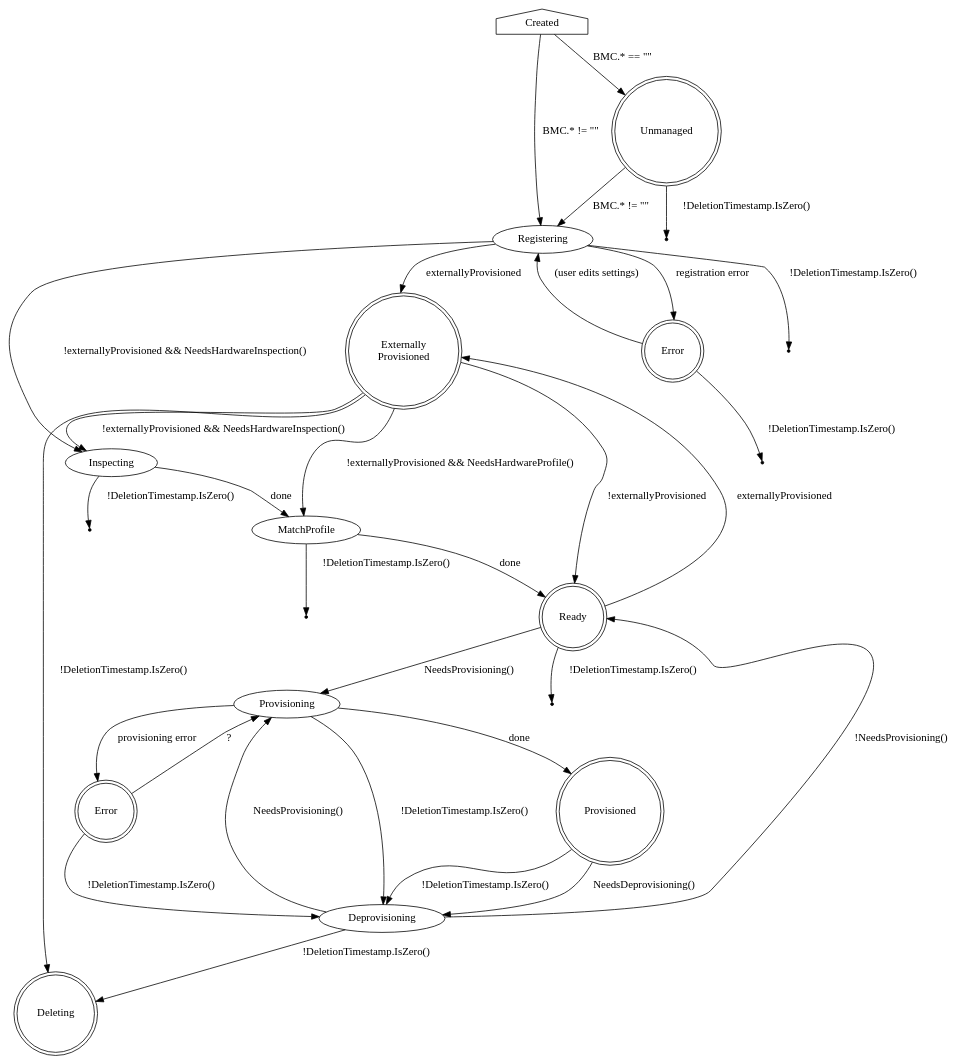
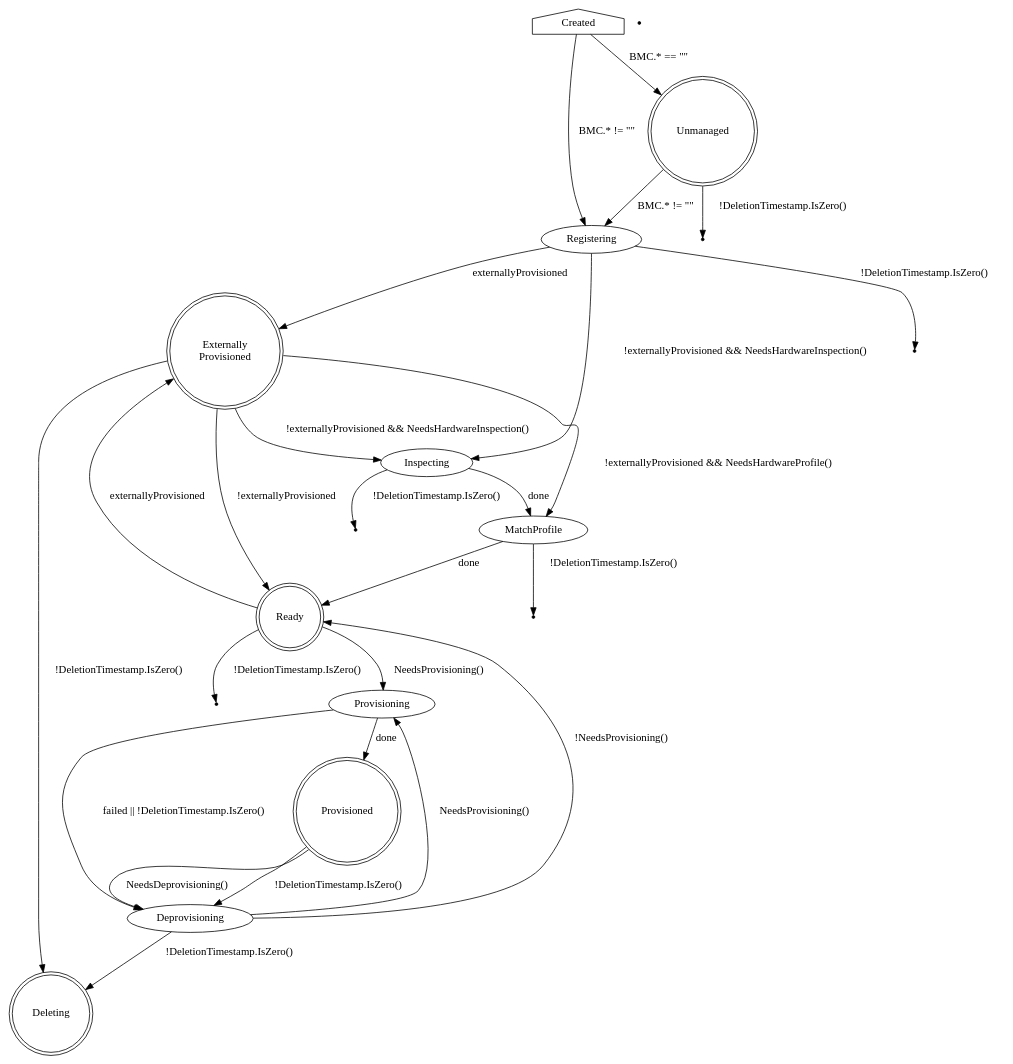
One commit to metal3-io/baremetal-operator changed the diagram in docs/BaremetalHost_ProvisioningState.dot. Above: the diagram before and after it, drawn with Graphviz. The commit also changed 4 other files, not shown here.

```diff
--- a/docs/BaremetalHost_ProvisioningState.dot
+++ b/docs/BaremetalHost_ProvisioningState.dot
@@ -1,68 +1,58 @@
 digraph BaremetalHost {
     Created [shape=house]
     Created -> Unmanaged [label="BMC.* == \"\""]
     Created -> Registering [label="BMC.* != \"\""]
 
     Unmanaged [shape=doublecircle]
     Unmanaged -> Registering [label="BMC.* != \"\""]
     Unmanaged -> Deleting1 [label="!DeletionTimestamp.IsZero()"]
 
     Deleting1 [shape=point]
 
     ExternallyProvisioned [label="Externally\nProvisioned"]
 
     Registering -> Inspecting [label="!externallyProvisioned && NeedsHardwareInspection()"]
     Registering -> ExternallyProvisioned [label="externallyProvisioned"]
-    Registering -> RegistrationError [shape=doublecircle label="registration error"]
     Registering -> Deleting2 [label="!DeletionTimestamp.IsZero()"]
 
     Deleting2 [shape=point]
 
     ExternallyProvisioned -> Inspecting [label="!externallyProvisioned && NeedsHardwareInspection()"]
     ExternallyProvisioned -> MatchProfile [label="!externallyProvisioned && NeedsHardwareProfile()"]
     ExternallyProvisioned -> Ready [label="!externallyProvisioned"]
     Ready -> ExternallyProvisioned [label="externallyProvisioned"]
 
     Inspecting -> MatchProfile [label="done"]
     Inspecting -> Deleting3 [label="!DeletionTimestamp.IsZero()"]
 
     Deleting3 [shape=point]
 
     MatchProfile -> Ready [label="done"]
     MatchProfile -> Deleting4 [label="!DeletionTimestamp.IsZero()"]
 
     Deleting4 [shape=point]
 
-    RegistrationError [shape=doublecircle label="Error"]
-    RegistrationError -> Registering [label="(user edits settings)"]
-    RegistrationError -> Deleting5 [label="!DeletionTimestamp.IsZero()"]
-
     Deleting5 [shape=point]
 
     Ready [shape=doublecircle]
     Ready -> Provisioning [label="NeedsProvisioning()"]
     Ready -> Deleting6 [label="!DeletionTimestamp.IsZero()"]
 
     Deleting6 [shape=point]
 
     Provisioning -> Provisioned [label=done]
-    Provisioning -> ProvisioningError [label="provisioning error"]
-    Provisioning -> Deprovisioning [label="!DeletionTimestamp.IsZero()"]
-
-    ProvisioningError [shape=doublecircle label="Error"]
-    ProvisioningError -> Provisioning [label="?"]
-    ProvisioningError -> Deprovisioning [label="!DeletionTimestamp.IsZero()"]
+    Provisioning -> Deprovisioning [label="failed || !DeletionTimestamp.IsZero()"]
 
     Provisioned [shape=doublecircle]
     Provisioned -> Deprovisioning [label="NeedsDeprovisioning()"]
     Provisioned -> Deprovisioning [label="!DeletionTimestamp.IsZero()"]
 
     ExternallyProvisioned [shape=doublecircle]
     ExternallyProvisioned -> Deleting [label="!DeletionTimestamp.IsZero()"]
 
     Deprovisioning -> Provisioning [label="NeedsProvisioning()"]
     Deprovisioning -> Ready [label="!NeedsProvisioning()"]
     Deprovisioning -> Deleting [label="!DeletionTimestamp.IsZero()"]
 
     Deleting [shape=doublecircle]
 }
```
